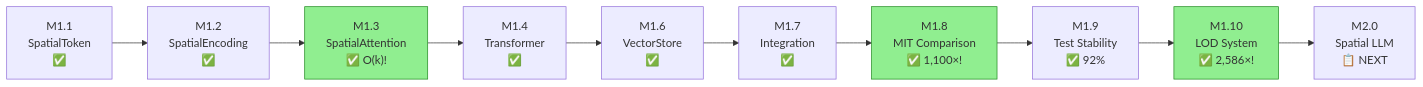
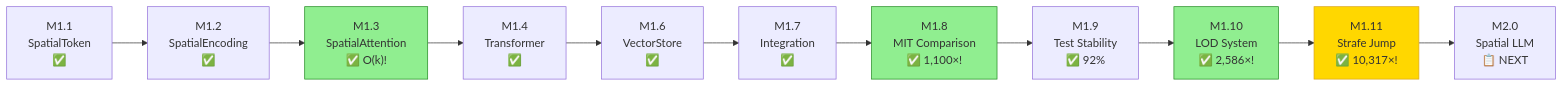
Before and after one commit to ch1pu/infinate: the diagram in docs/milestones/README.md, drawn with Mermaid. The commit also changed other lines of this file and 1 other file, not shown here.

````diff
--- a/docs/milestones/README.md
+++ b/docs/milestones/README.md
@@ -166,16 +172,18 @@
 ```mermaid
 graph LR
     M1["M1.1<br/>SpatialToken<br/>✅"] --> M2["M1.2<br/>SpatialEncoding<br/>✅"]
     M2 --> M3["M1.3<br/>SpatialAttention<br/>✅ O(k)!"]
     M3 --> M4["M1.4<br/>Transformer<br/>✅"]
     M4 --> M6["M1.6<br/>VectorStore<br/>✅"]
     M6 --> M7["M1.7<br/>Integration<br/>✅"]
     M7 --> M8["M1.8<br/>MIT Comparison<br/>✅ 1,100×!"]
     M8 --> M9["M1.9<br/>Test Stability<br/>✅ 92%"]
     M9 --> M10["M1.10<br/>LOD System<br/>✅ 2,586×!"]
-    M10 --> M20["M2.0<br/>Spatial LLM<br/>📋 NEXT"]
+    M10 --> M11["M1.11<br/>Strafe Jump<br/>✅ 10,317×!"]
+    M11 --> M20["M2.0<br/>Spatial LLM<br/>📋 NEXT"]
 
     style M3 fill:#90EE90,stroke:#228B22
     style M8 fill:#90EE90,stroke:#228B22
     style M10 fill:#90EE90,stroke:#228B22
+    style M11 fill:#FFD700,stroke:#DAA520
 ```
````
